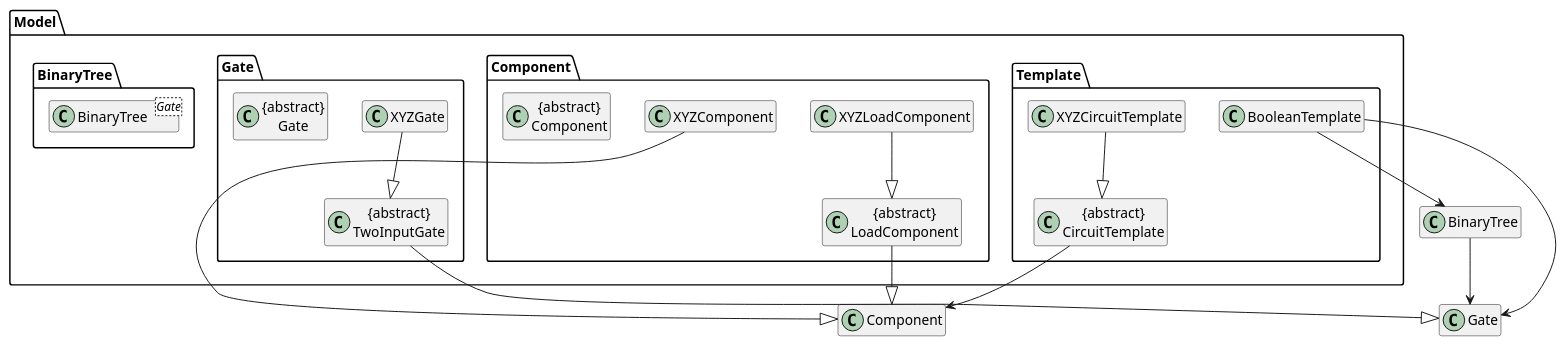
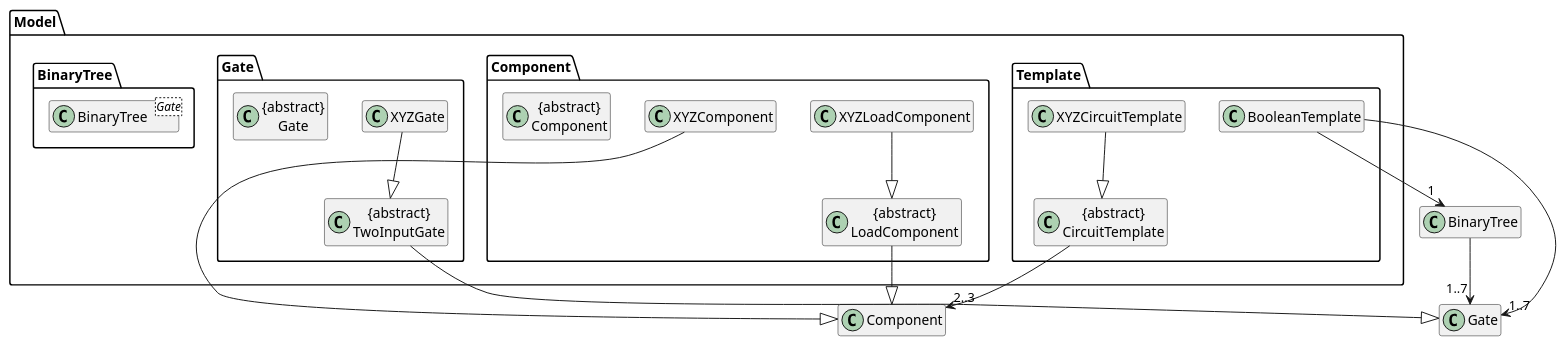
One commit to sevenseasofbri/tp changed the diagram in docs/diagrams/ModelClassDiagram.puml. Above: the diagram before and after it, drawn with PlantUML. The commit also changed 14 other files, not shown here.

Commit message:
Update diagrams

```diff
--- a/docs/diagrams/ModelClassDiagram.puml
+++ b/docs/diagrams/ModelClassDiagram.puml
@@ -1,46 +1,46 @@
 @startuml
 
 hide member
 
 package Model {
 package Template {
     Class XYZCircuitTemplate
     Class "{abstract}\nCircuitTemplate" as CircuitTemplate
     Class BooleanTemplate
 }
 
 package Component {
 
     Class XYZComponent
     Class XYZLoadComponent
     Class "{abstract}\nComponent" as Component
     Class "{abstract}\nLoadComponent" as LoadComponent
 
 }
 
 package Gate {
     Class XYZGate
     Class "{abstract}\nTwoInputGate" as TwoInput
     Class "{abstract}\nGate" as Gate
 }
 
 package BinaryTree {
     Class BinaryTree<Gate>
 }
 }
 
 XYZCircuitTemplate --|> CircuitTemplate
 
-CircuitTemplate --> Component
+CircuitTemplate --> "2..3" Component
 LoadComponent --|> Component
 XYZComponent --|> Component
 XYZLoadComponent --|> LoadComponent
 
-BooleanTemplate --> BinaryTree
-BooleanTemplate --> Gate
-BinaryTree --> Gate
+BooleanTemplate --> "1" BinaryTree
+BooleanTemplate --> "1..7"Gate
+BinaryTree --> "1..7" Gate
 
 XYZGate --|> TwoInput
 TwoInput --|> Gate
 
 @enduml
```
